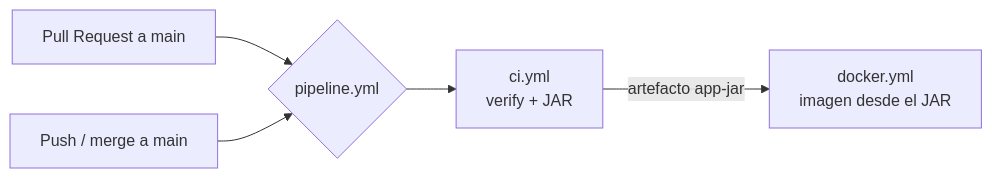
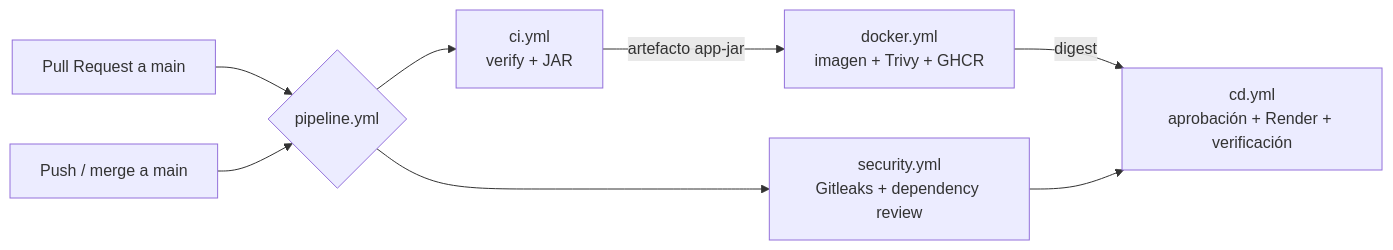
One commit to Rabedon1/taskflow-api changed the first of 2 diagrams in docs/pipeline-flow.md. Above: the diagram before and after it, drawn with Mermaid. The commit also changed other lines of this file and 4 other files, not shown here.

Commit message:
docs: complete README, architecture, tooling and pipeline flow (#10)

````diff
--- a/docs/pipeline-flow.md
+++ b/docs/pipeline-flow.md
@@ -7,7 +7,10 @@
 ```mermaid
 flowchart LR
     PR[Pull Request a main] --> P{pipeline.yml}
     PUSH[Push / merge a main] --> P
+    P --> SEC[security.yml<br/>Gitleaks + dependency review]
     P --> CI[ci.yml<br/>verify + JAR]
-    CI -- artefacto app-jar --> D[docker.yml<br/>imagen desde el JAR]
+    CI -- artefacto app-jar --> D[docker.yml<br/>imagen + Trivy + GHCR]
+    D -- digest --> CD[cd.yml<br/>aprobación + Render + verificación]
+    SEC --> CD
 ```
````
